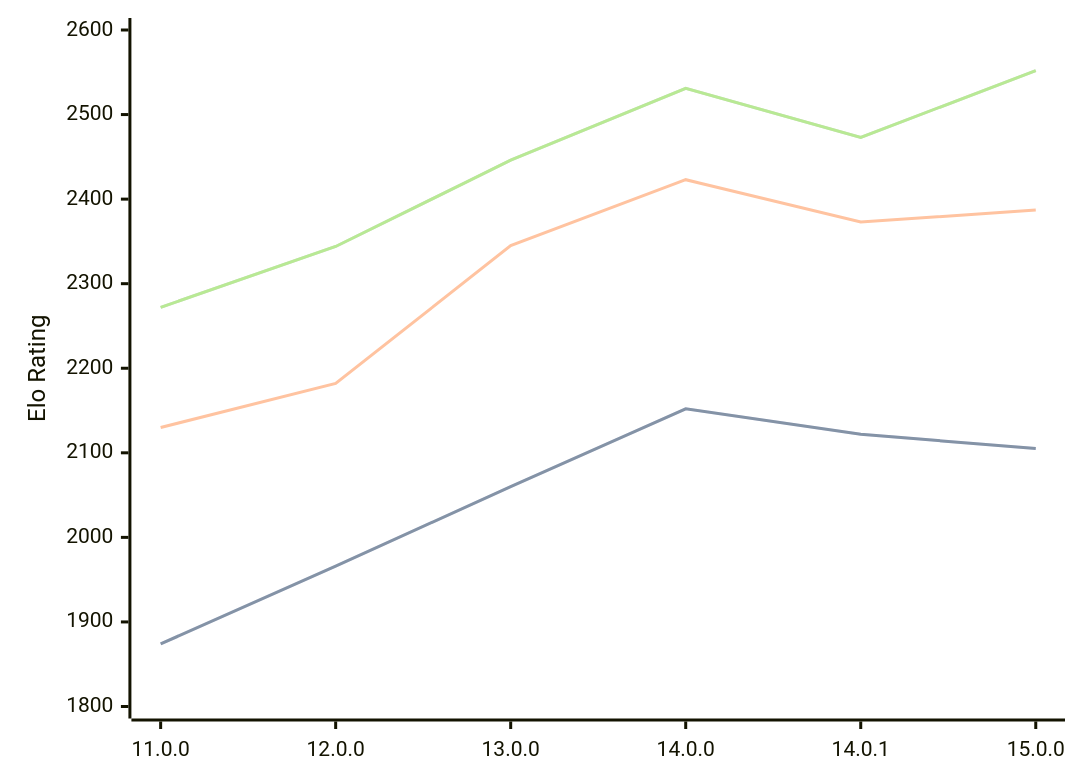
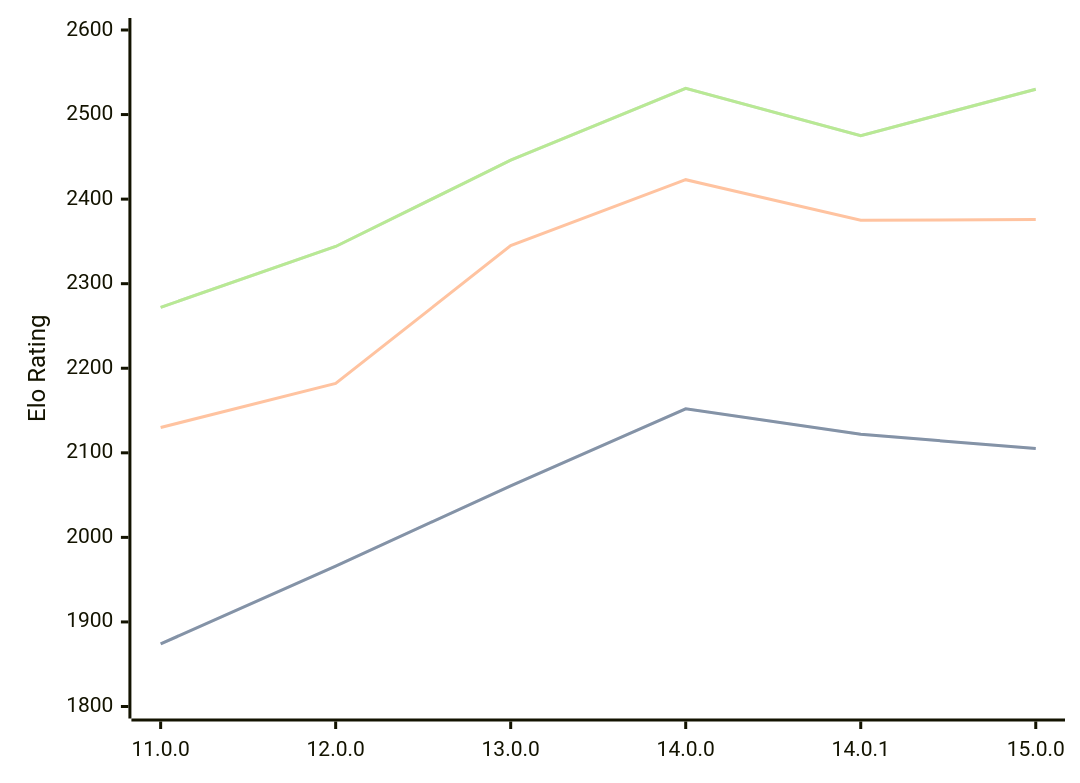
The diagram in engines/Cepimetheus.md (computer-chess-index/cci), drawn with Mermaid before and after one commit. The commit also changed other lines of this file, not shown here.

Commit message:
Update CCI Ratings (ELO VLTC) - 2026-08-16

````diff
--- a/engines/Cepimetheus.md
+++ b/engines/Cepimetheus.md
@@ -66,11 +66,11 @@
 ```mermaid
 %%{init: {"theme":"base","themeVariables":{"seriesColors:['#a3a3a3','#222221','#faa371']}}}%%
 xychart-beta
   x-axis ["11.0.0", "12.0.0", "13.0.0", "14.0.0", "14.0.1", "15.0.0"]
   y-axis "Elo Rating" 1800 --> 2600
-  line "STC (8.0+0.08s)" [1874, 1966, 2060, 2152, 2122, 2105]
-  line "STC (8.0+0.08s)" [1874, 1966, 2060, 2152, 2122, 2105]
-  line "LTC (60.0+0.60s)" [2130, 2182, 2345, 2423, 2373, 2387]
-  line "VLTC (2m24s+1.12s)" [2272, 2344, 2446, 2531, 2473, 2552]
-  line "VLTC (2m24s+1.12s)" [2272, 2344, 2446, 2531, 2473, 2552]
+  line "STC (8.0+0.08s)" [1874, 1966, 2061, 2152, 2122, 2105]
+  line "STC (8.0+0.08s)" [1874, 1966, 2061, 2152, 2122, 2105]
+  line "LTC (60.0+0.60s)" [2130, 2182, 2345, 2423, 2375, 2376]
+  line "VLTC (2m24s+1.12s)" [2272, 2344, 2446, 2531, 2475, 2530]
+  line "VLTC (2m24s+1.12s)" [2272, 2344, 2446, 2531, 2475, 2530]
 ```
````
